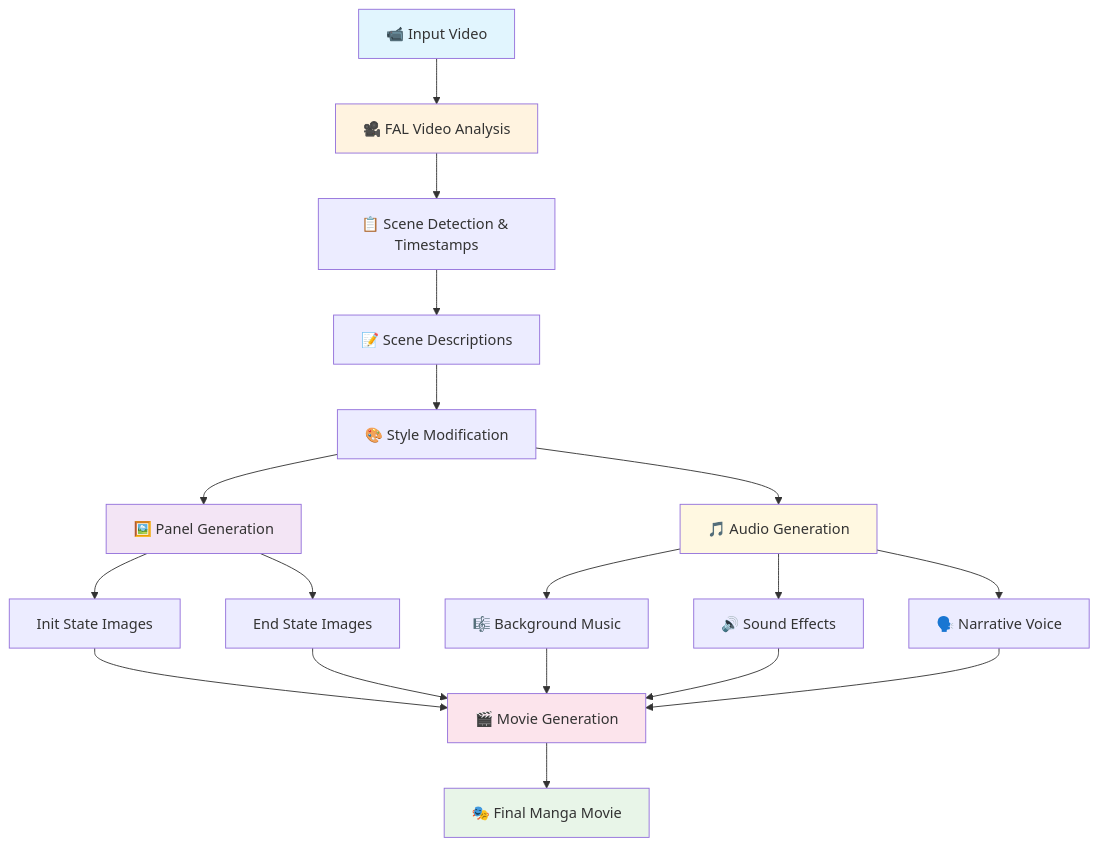
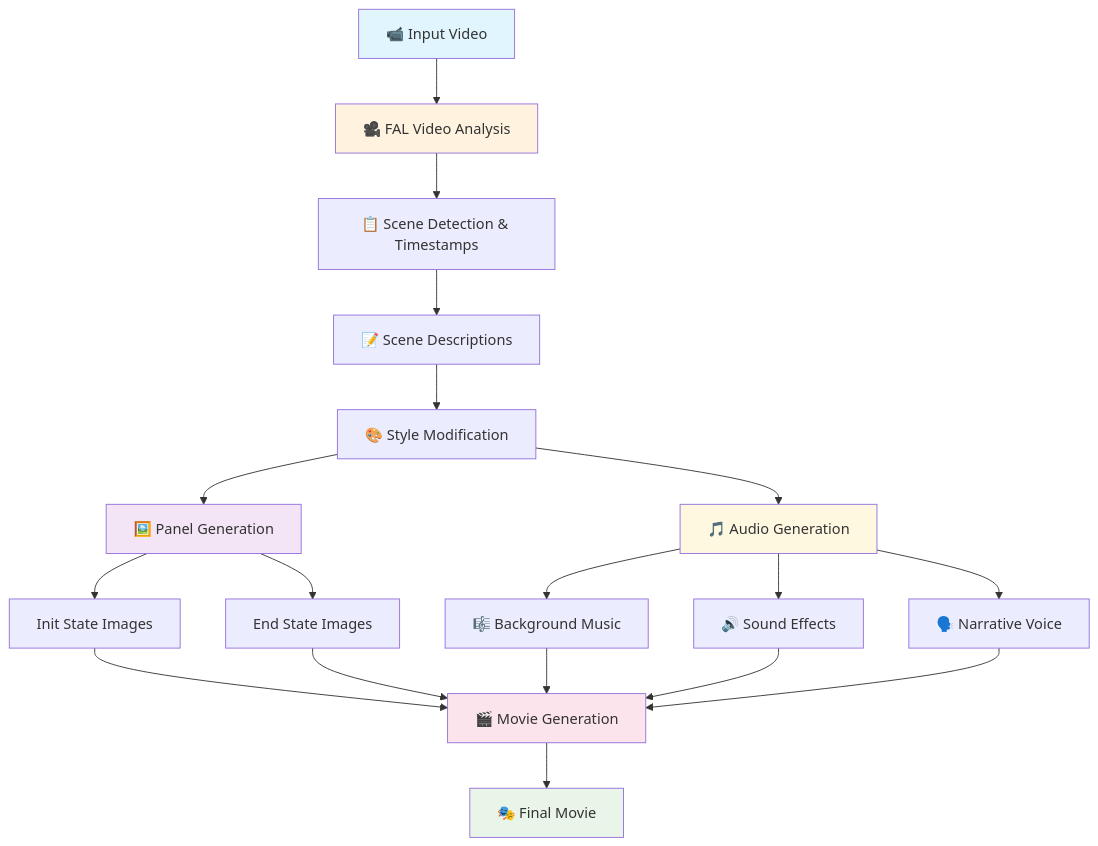
Before and after one commit to joewhaley/cinemanga: the first of 2 diagrams in README.md, drawn with Mermaid.

````diff
--- a/README.md
+++ b/README.md
@@ -13,31 +13,31 @@
 ```mermaid
 graph TD
     A[📹 Input Video] --> B[🎥 FAL Video Analysis]
     B --> C[📋 Scene Detection & Timestamps]
     C --> D[📝 Scene Descriptions]
     D --> E[🎨 Style Modification]
     E --> F[🖼️ Panel Generation]
     E --> G[🎵 Audio Generation]
     
     F --> F1[Init State Images]
     F --> F2[End State Images]
     
     G --> G1[🎼 Background Music]
     G --> G2[🔊 Sound Effects]
     G --> G3[🗣️ Narrative Voice]
     
     F1 --> H[🎬 Movie Generation]
     F2 --> H
     G1 --> H
     G2 --> H
     G3 --> H
     
-    H --> I[🎭 Final Manga Movie]
+    H --> I[🎭 Final Movie]
     
     style A fill:#e1f5fe
     style I fill:#e8f5e8
     style B fill:#fff3e0
     style F fill:#f3e5f5
     style G fill:#fff8e1
     style H fill:#fce4ec
 ```
````
